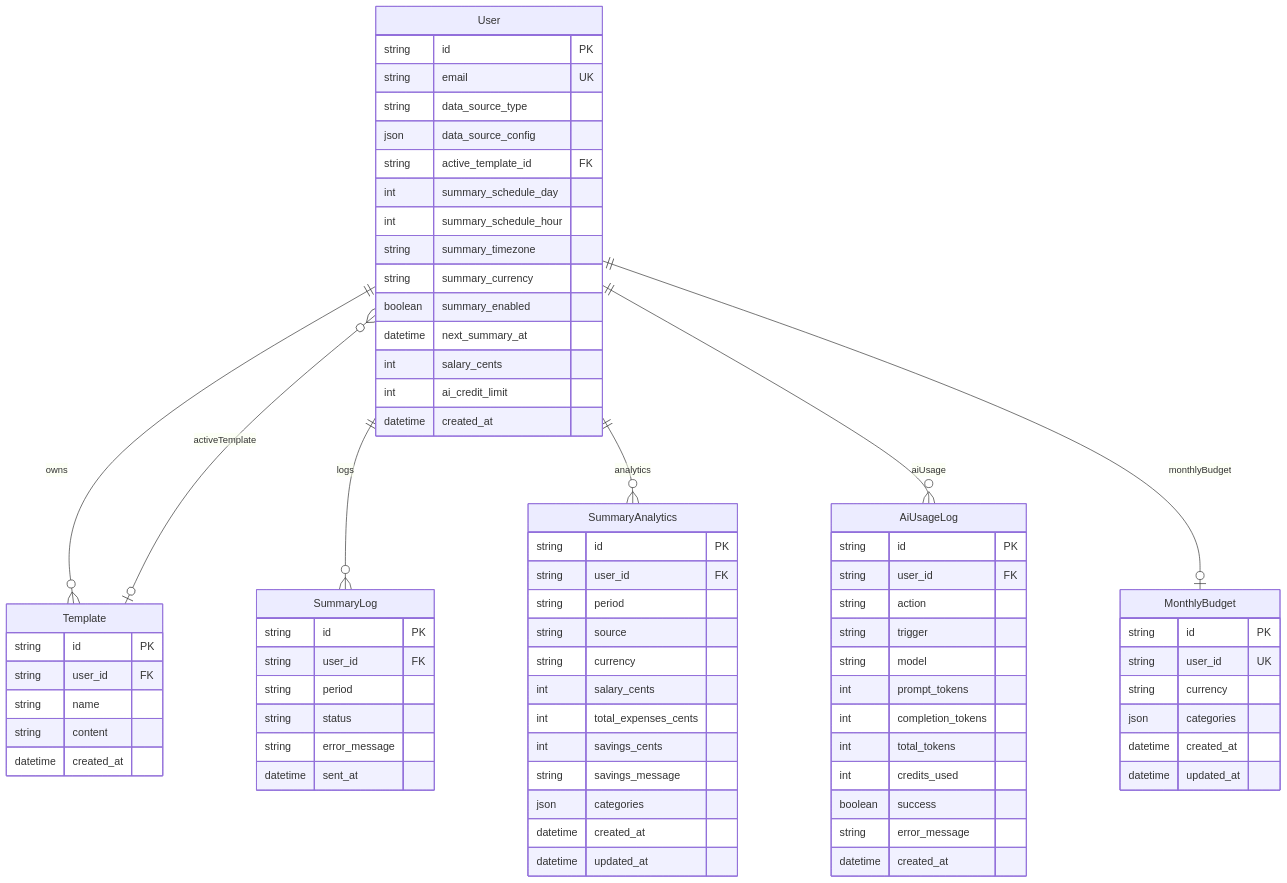
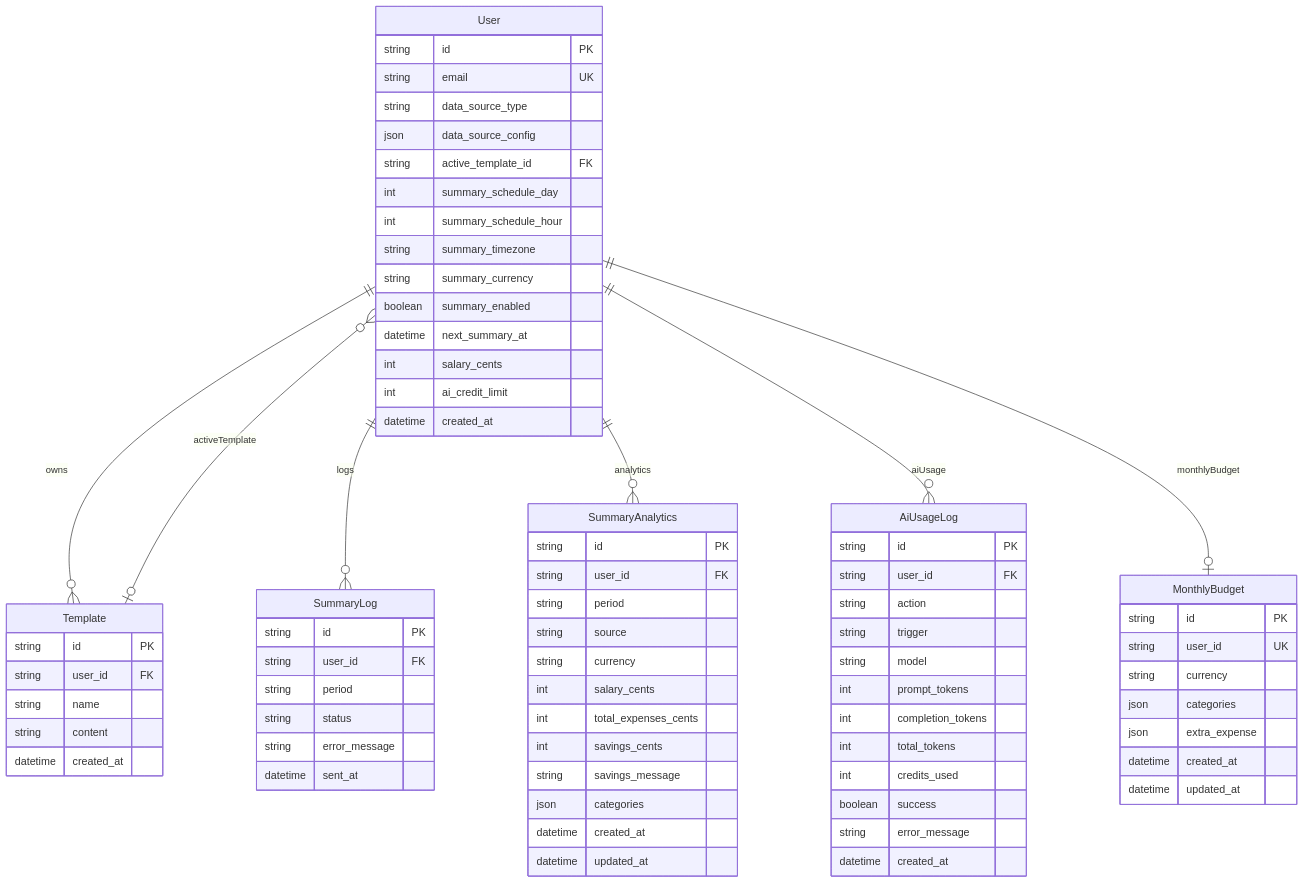
One commit to PatrykS-ORG/expenses-tracking-backend changed the diagram in docs/database.md. Above: the diagram before and after it, drawn with Mermaid. The commit also changed other lines of this file and 8 other files, not shown here.

Commit message:
feat: persist an optional extra expense on the monthly budget (#46)

````diff
--- a/docs/database.md
+++ b/docs/database.md
@@ -219,76 +232,77 @@
 ```mermaid
 erDiagram
   User ||--o{ Template : owns
   User }o--o| Template : activeTemplate
   User ||--o{ SummaryLog : logs
   User ||--o{ SummaryAnalytics : analytics
   User ||--o{ AiUsageLog : aiUsage
   User ||--o| MonthlyBudget : monthlyBudget
   User {
     string id PK
     string email UK
     string data_source_type
     json data_source_config
     string active_template_id FK
     int summary_schedule_day
     int summary_schedule_hour
     string summary_timezone
     string summary_currency
     boolean summary_enabled
     datetime next_summary_at
     int salary_cents
     int ai_credit_limit
     datetime created_at
   }
   MonthlyBudget {
     string id PK
     string user_id UK
     string currency
     json categories
+    json extra_expense
     datetime created_at
     datetime updated_at
   }
   Template {
     string id PK
     string user_id FK
     string name
     string content
     datetime created_at
   }
   SummaryLog {
     string id PK
     string user_id FK
     string period
     string status
     string error_message
     datetime sent_at
   }
   SummaryAnalytics {
     string id PK
     string user_id FK
     string period
     string source
     string currency
     int salary_cents
     int total_expenses_cents
     int savings_cents
     string savings_message
     json categories
     datetime created_at
     datetime updated_at
   }
   AiUsageLog {
     string id PK
     string user_id FK
     string action
     string trigger
     string model
     int prompt_tokens
     int completion_tokens
     int total_tokens
     int credits_used
     boolean success
     string error_message
     datetime created_at
   }
 ```
````
